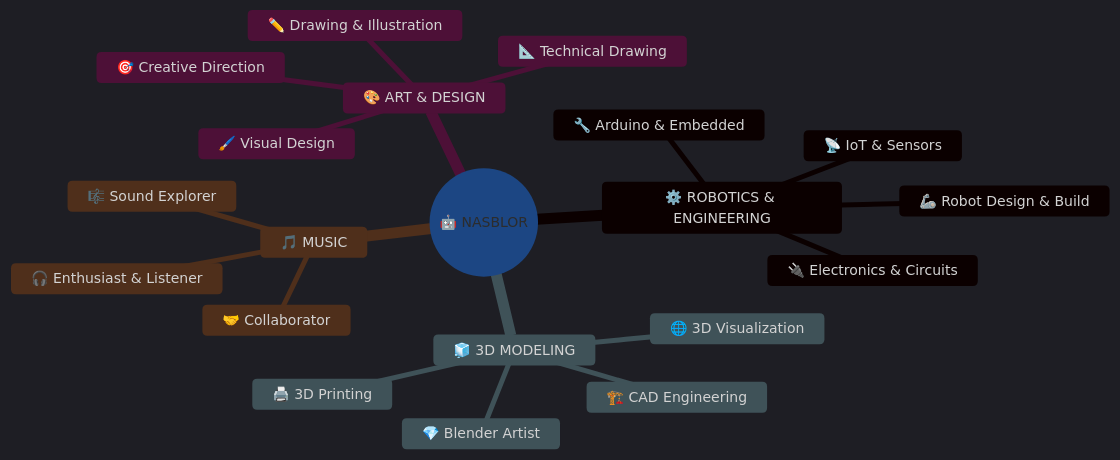
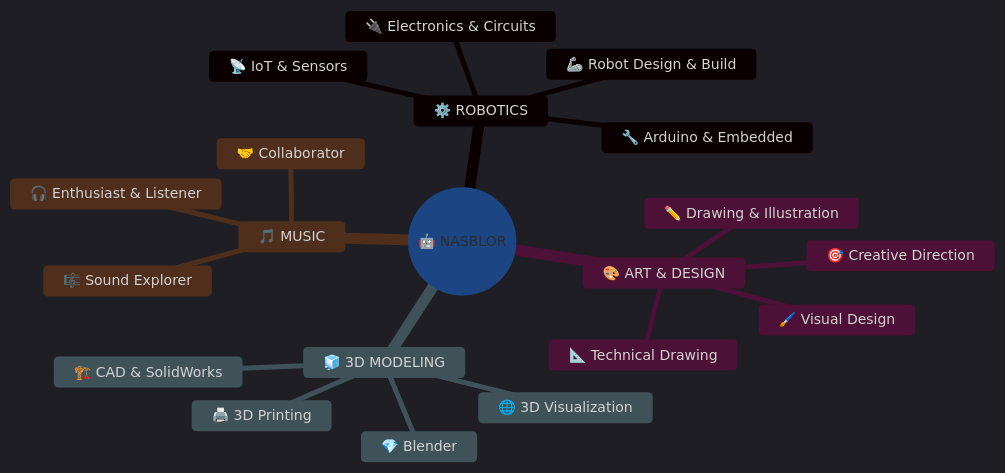
One commit to nasblor/nasblor changed the first of 4 diagrams in readme.md. Above: the diagram before and after it, drawn with Mermaid. The commit also changed other lines of this file, not shown here.

````diff
--- a/readme.md
+++ b/readme.md
@@ -21,24 +20,24 @@
 ```mermaid
-%%{init: {'theme':'dark','themeVariables':{'primaryColor':'#1e90ff','primaryTextColor':'#ffffff','primaryBorderColor':'#1e90ff','lineColor':'#4FC3F7','secondaryColor':'#0a192f','tertiaryColor':'#0e3460','fontSize':'14px'}}}%%
+%%{init: {'theme':'dark','themeVariables':{'primaryColor':'#1e90ff','primaryTextColor':'#ffffff','primaryBorderColor':'#87CEEB','lineColor':'#4FC3F7','secondaryColor':'#0a192f','tertiaryColor':'#0e3460','fontSize':'14px'}}}%%
 mindmap
   root((🤖 NASBLOR))
-    ⚙️ ROBOTICS & ENGINEERING
+    ⚙️ ROBOTICS
       🔧 Arduino & Embedded
       🦾 Robot Design & Build
       📡 IoT & Sensors
       🔌 Electronics & Circuits
     🎨 ART & DESIGN
       ✏️ Drawing & Illustration
       🖌️ Visual Design
       📐 Technical Drawing
       🎯 Creative Direction
     🧊 3D MODELING
-      💎 Blender Artist
-      🏗️ CAD Engineering
+      💎 Blender
+      🏗️ CAD & SolidWorks
       🖨️ 3D Printing
       🌐 3D Visualization
     🎵 MUSIC
       🎧 Enthusiast & Listener
       🤝 Collaborator
       🎼 Sound Explorer
 ```
````
